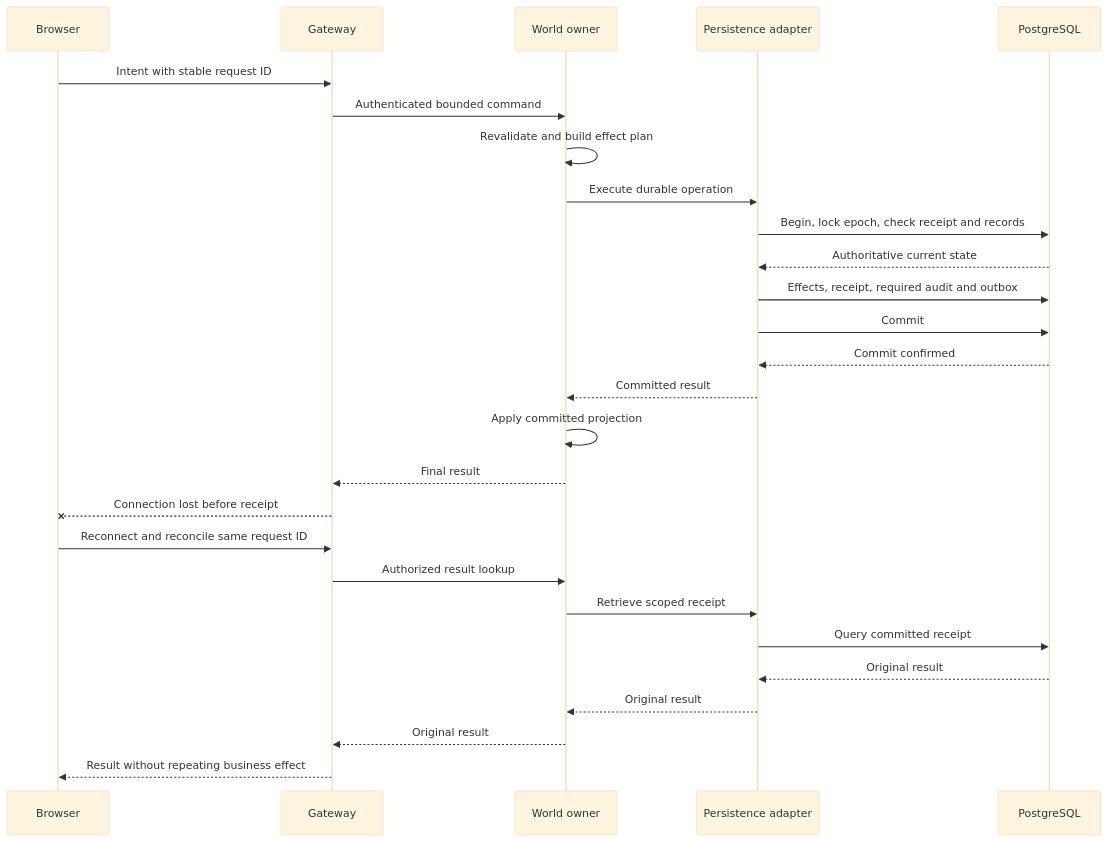
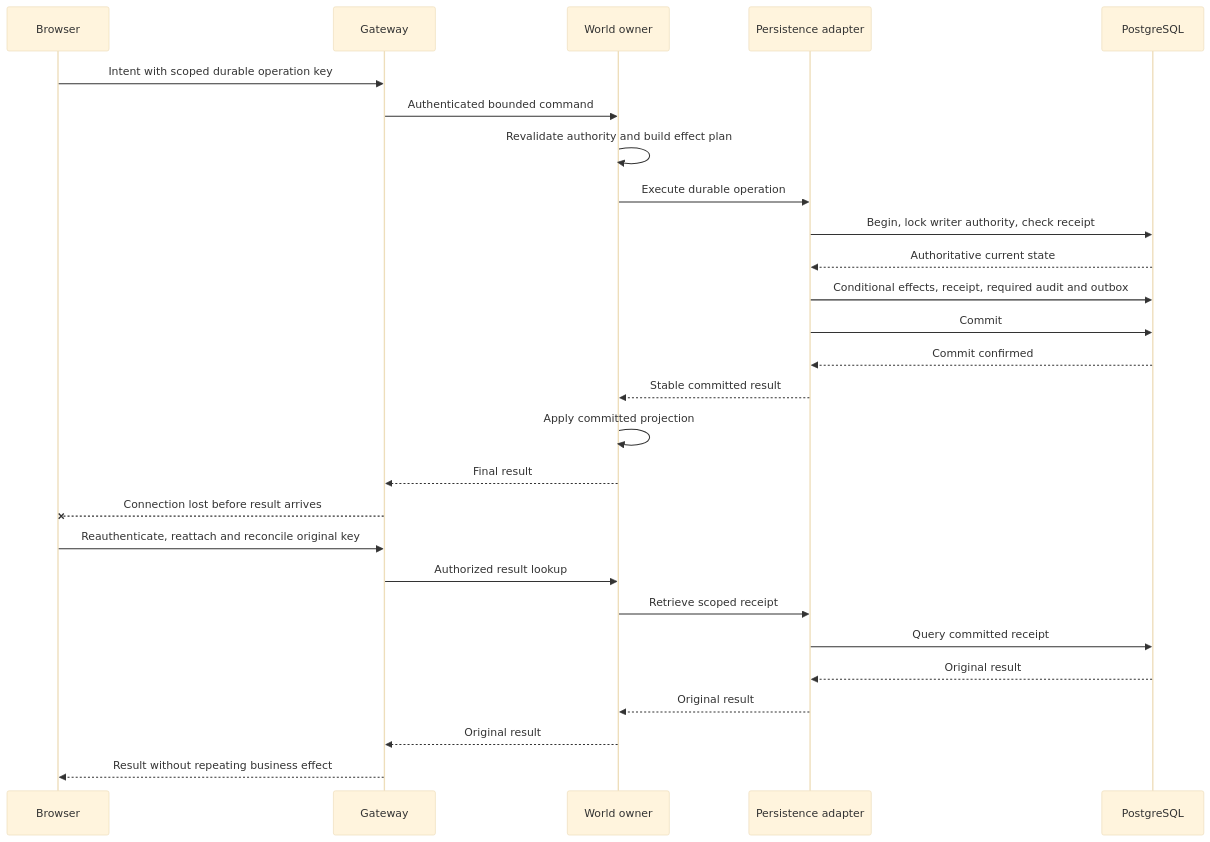
Before and after one commit to MudDevelopment/Worldwright: the fourth of 5 diagrams in ARCHITECTURE.md, drawn with Mermaid (base theme). The commit also changed other lines of this file, not shown here.

````diff
--- a/ARCHITECTURE.md
+++ b/ARCHITECTURE.md
@@ -314,29 +388,29 @@
 ```mermaid
 sequenceDiagram
     participant B as Browser
     participant G as Gateway
     participant W as World owner
     participant P as Persistence adapter
     participant D as PostgreSQL
-    B->>G: Intent with stable request ID
+    B->>G: Intent with scoped durable operation key
     G->>W: Authenticated bounded command
-    W->>W: Revalidate and build effect plan
+    W->>W: Revalidate authority and build effect plan
     W->>P: Execute durable operation
-    P->>D: Begin, lock epoch, check receipt and records
+    P->>D: Begin, lock writer authority, check receipt
     D-->>P: Authoritative current state
-    P->>D: Effects, receipt, required audit and outbox
+    P->>D: Conditional effects, receipt, required audit and outbox
     P->>D: Commit
     D-->>P: Commit confirmed
-    P-->>W: Committed result
+    P-->>W: Stable committed result
     W->>W: Apply committed projection
     W-->>G: Final result
-    G--xB: Connection lost before receipt
-    B->>G: Reconnect and reconcile same request ID
+    G--xB: Connection lost before result arrives
+    B->>G: Reauthenticate, reattach and reconcile original key
     G->>W: Authorized result lookup
     W->>P: Retrieve scoped receipt
     P->>D: Query committed receipt
     D-->>P: Original result
     P-->>W: Original result
     W-->>G: Original result
     G-->>B: Result without repeating business effect
 ```
````
